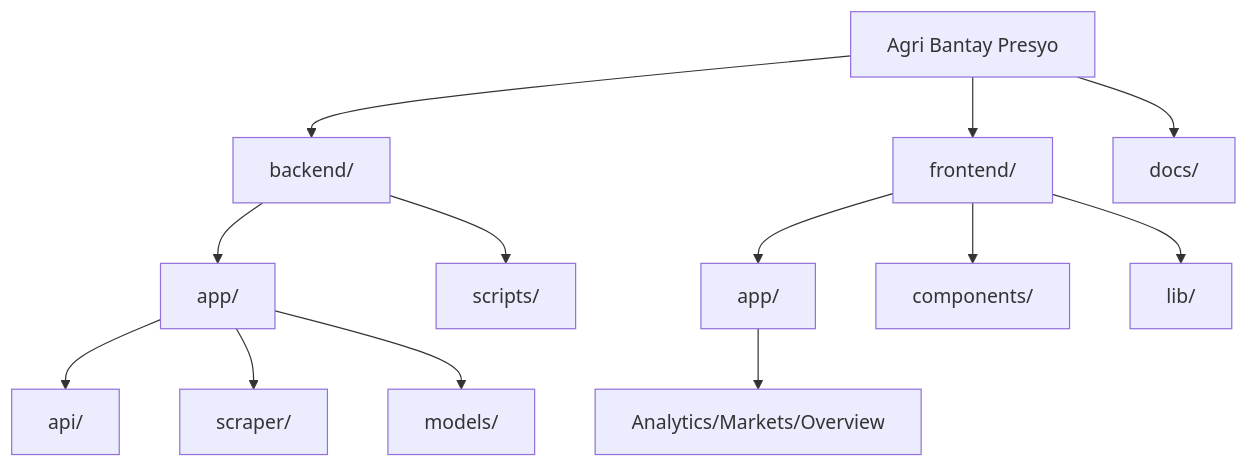
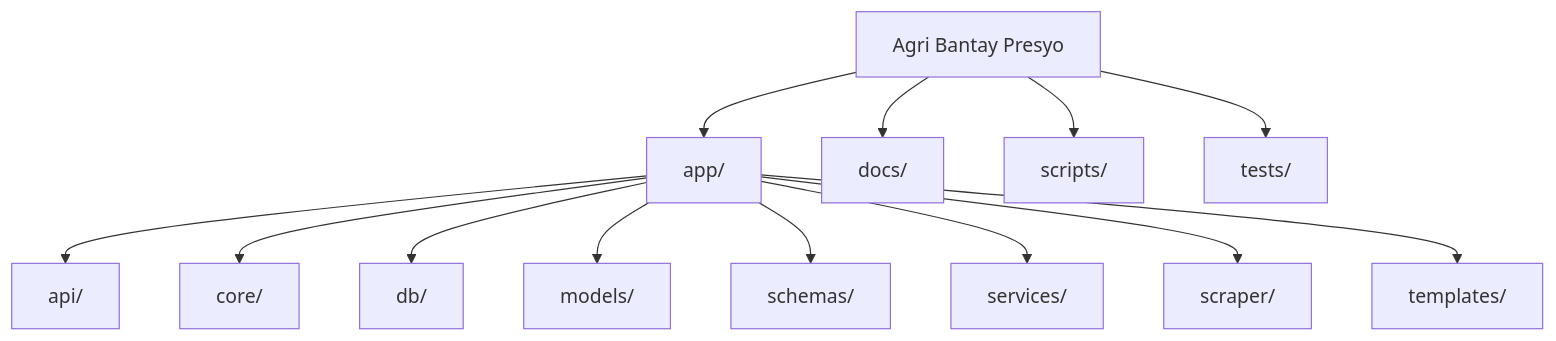
Before and after one commit to leodyversemilla07/agri-bantay-presyo: the diagram in docs/project_structure.md, drawn with Mermaid. The commit also changed other lines of this file and 130 other files, not shown here.

````diff
--- a/docs/project_structure.md
+++ b/docs/project_structure.md
@@ -5,17 +5,16 @@
 ```mermaid
 graph TD
-    Root[Agri Bantay Presyo] --> Backend[backend/]
-    Root --> Frontend[frontend/]
+    Root[Agri Bantay Presyo] --> App[app/]
     Root --> Docs[docs/]
-    
-    Backend --> B_App[app/]
-    Backend --> B_Scripts[scripts/]
-    B_App --> B_API[api/]
-    B_App --> B_Scraper[scraper/]
-    B_App --> B_Models[models/]
-    
-    Frontend --> F_App[app/]
-    Frontend --> F_Comp[components/]
-    Frontend --> F_Lib[lib/]
-    F_App --> F_Pages[Analytics/Markets/Overview]
+    Root --> Scripts[scripts/]
+    Root --> Tests[tests/]
+
+    App --> API[api/]
+    App --> Core[core/]
+    App --> DB[db/]
+    App --> Models[models/]
+    App --> Schemas[schemas/]
+    App --> Services[services/]
+    App --> Scraper[scraper/]
+    App --> Templates[templates/]
 ```
````
